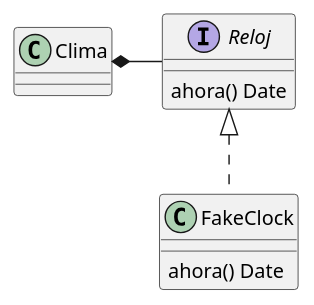
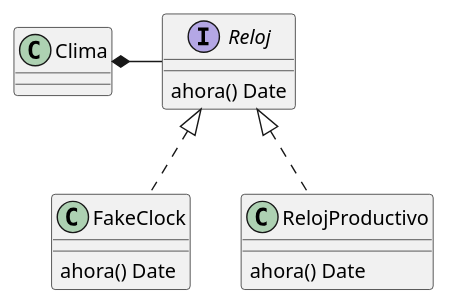
Before and after one commit to fiuba/algo3_mocks_examples: the diagram in diagrams/clima.plantuml, drawn with PlantUML. The commit also changed 1 other file, not shown here.

```diff
--- a/diagrams/clima.plantuml
+++ b/diagrams/clima.plantuml
@@ -1,12 +1,16 @@
 @startuml
 skinparam classAttributeIconSize 0
 
 interface Reloj
 Reloj : ahora() Date
 
 Reloj <|.. FakeClock
 FakeClock : ahora() Date
 
+Reloj <|.. RelojProductivo
+RelojProductivo : ahora() Date
+
+
 Clima *- Reloj
 
 @enduml
```
